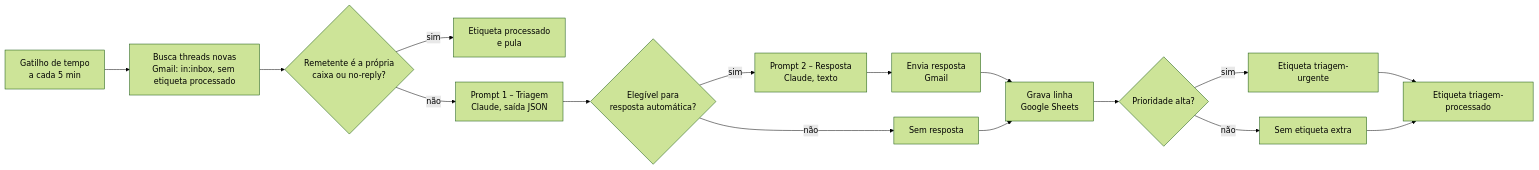
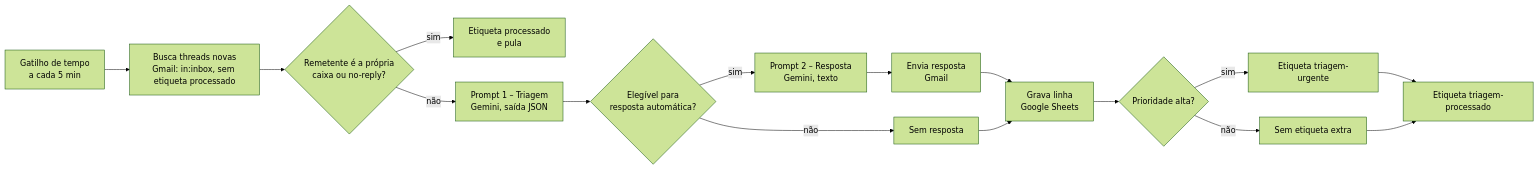
Before and after one commit to macielalex/triagem-emails-geracao-tech: the diagram in README.md, drawn with Mermaid (forest theme). The commit also changed other lines of this file and 3 other files, not shown here.

````diff
--- a/README.md
+++ b/README.md
@@ -51,18 +51,18 @@
 ```mermaid
 flowchart LR
     A[Gatilho de tempo<br/>a cada 5 min] --> B[Busca threads novas<br/>Gmail: in:inbox, sem etiqueta processado]
     B --> C{Remetente é a própria<br/>caixa ou no-reply?}
     C -- sim --> X[Etiqueta processado<br/>e pula]
-    C -- não --> D[Prompt 1 – Triagem<br/>Claude, saída JSON]
+    C -- não --> D[Prompt 1 – Triagem<br/>Gemini, saída JSON]
     D --> E{Elegível para<br/>resposta automática?}
-    E -- sim --> F[Prompt 2 – Resposta<br/>Claude, texto]
+    E -- sim --> F[Prompt 2 – Resposta<br/>Gemini, texto]
     F --> G[Envia resposta<br/>Gmail]
     E -- não --> H[Sem resposta]
     G --> I[Grava linha<br/>Google Sheets]
     H --> I
     I --> J{Prioridade alta?}
     J -- sim --> K[Etiqueta triagem-urgente]
     J -- não --> L[Sem etiqueta extra]
     K --> M[Etiqueta triagem-processado]
     L --> M
 ```
````
